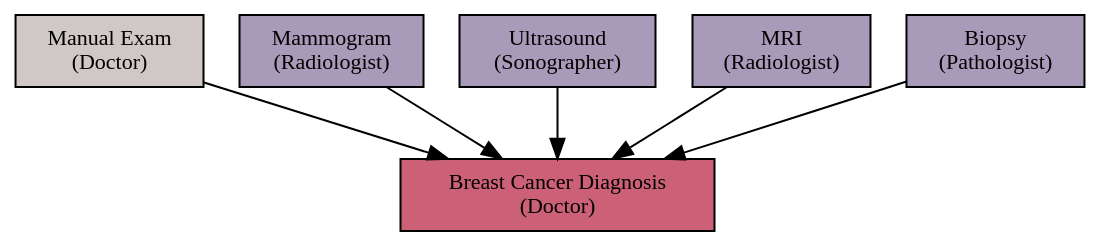
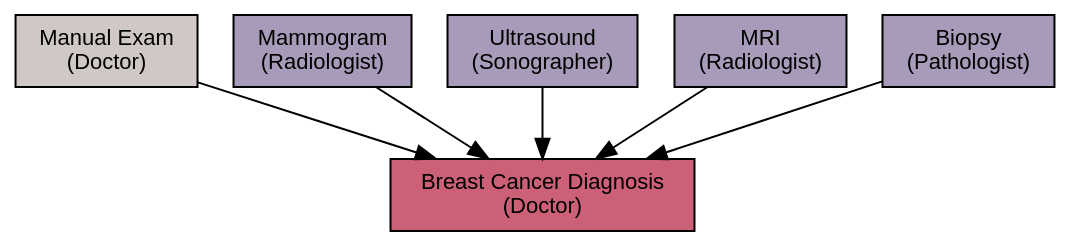
One commit to scancer-org/api changed the diagram in docs/images/cancer-diagnosis-deep-learning.dot. Above: the diagram before and after it, drawn with Graphviz. The commit also changed 1 other file, not shown here.

```diff
--- a/docs/images/cancer-diagnosis-deep-learning.dot
+++ b/docs/images/cancer-diagnosis-deep-learning.dot
@@ -1,22 +1,22 @@
 digraph BreastCancerDiagnosis {
     bgcolor = "transparent";
     node [shape=box, style=filled, fillcolor="#a89bb9"];
     compound=true;
-    Graph [fontsize=11];
-    node [fontsize=11];
-    edge [fontname=11];
+    Graph [fontsize=11, fontname="helvetica"];
+    node [fontsize=11, fontname="helvetica"];
+    edge [fontname=11, fontname="helvetica"];
 
     doctor [label="Breast Cancer Diagnosis\n(Doctor)", fillcolor="#CB6077"];
 
     manualExam [label="Manual Exam\n(Doctor)", fillcolor="#d0c8c6"];
     mammogram [label="Mammogram\n(Radiologist)"];
     ultrasound [label="Ultrasound\n(Sonographer)"];
     mri [label="MRI\n(Radiologist)"];
     biopsy [label="Biopsy\n(Pathologist)"];
 
     manualExam -> doctor;
     mammogram -> doctor;
     ultrasound -> doctor;
     mri -> doctor;
     biopsy -> doctor;
 }
```
